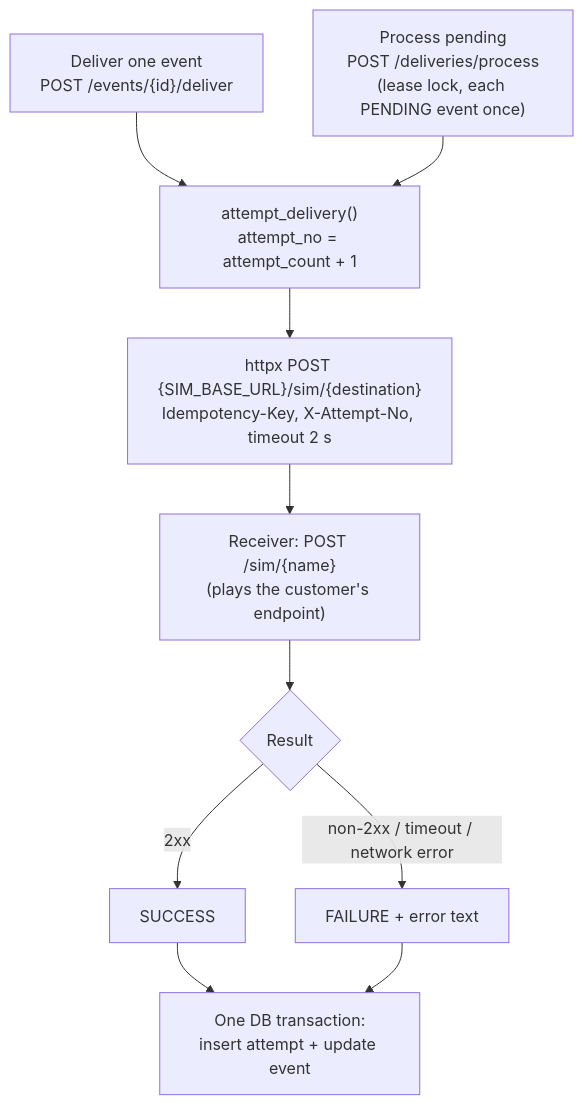
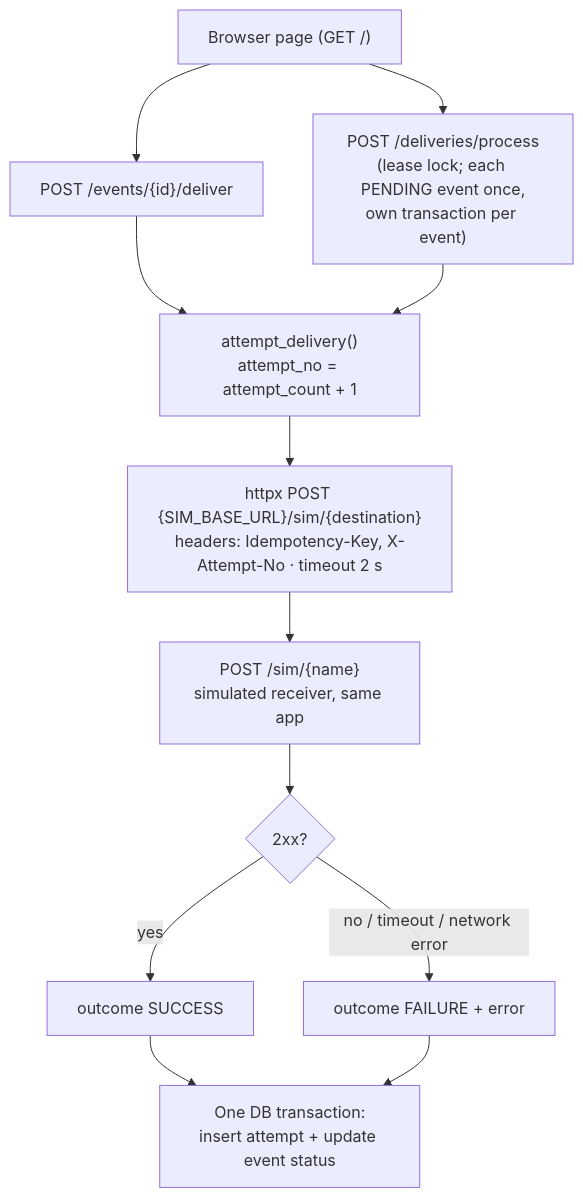
Before and after one commit to vm1991/webhook-dashboard: the third of 3 diagrams in README.md, drawn with Mermaid. The commit also changed other lines of this file and 1 other file, not shown here.

````diff
--- a/README.md
+++ b/README.md
@@ -151,12 +213,14 @@
 ```mermaid
 flowchart TD
-    A["Deliver one event<br/>POST /events/{id}/deliver"] --> C
-    B["Process pending<br/>POST /deliveries/process<br/>(lease lock, each PENDING event once)"] --> C
-    C["attempt_delivery()<br/>attempt_no = attempt_count + 1"] --> D["httpx POST {SIM_BASE_URL}/sim/{destination}<br/>Idempotency-Key, X-Attempt-No, timeout 2 s"]
-    D --> E["Receiver: POST /sim/{name}<br/>(plays the customer's endpoint)"]
-    E --> F{"Result"}
-    F -->|2xx| G[SUCCESS]
-    F -->|non-2xx / timeout / network error| H[FAILURE + error text]
-    G --> I["One DB transaction:<br/>insert attempt + update event"]
+    UI["Browser page (GET /)"] --> A["POST /events/{id}/deliver"]
+    UI --> B["POST /deliveries/process<br/>(lease lock; each PENDING event once,<br/>own transaction per event)"]
+    A --> C["attempt_delivery()<br/>attempt_no = attempt_count + 1"]
+    B --> C
+    C --> D["httpx POST {SIM_BASE_URL}/sim/{destination}<br/>headers: Idempotency-Key, X-Attempt-No · timeout 2 s"]
+    D --> E["POST /sim/{name}<br/>simulated receiver, same app"]
+    E --> F{"2xx?"}
+    F -->|yes| G["outcome SUCCESS"]
+    F -->|"no / timeout / network error"| H["outcome FAILURE + error"]
+    G --> I["One DB transaction:<br/>insert attempt + update event status"]
     H --> I
 ```
````
